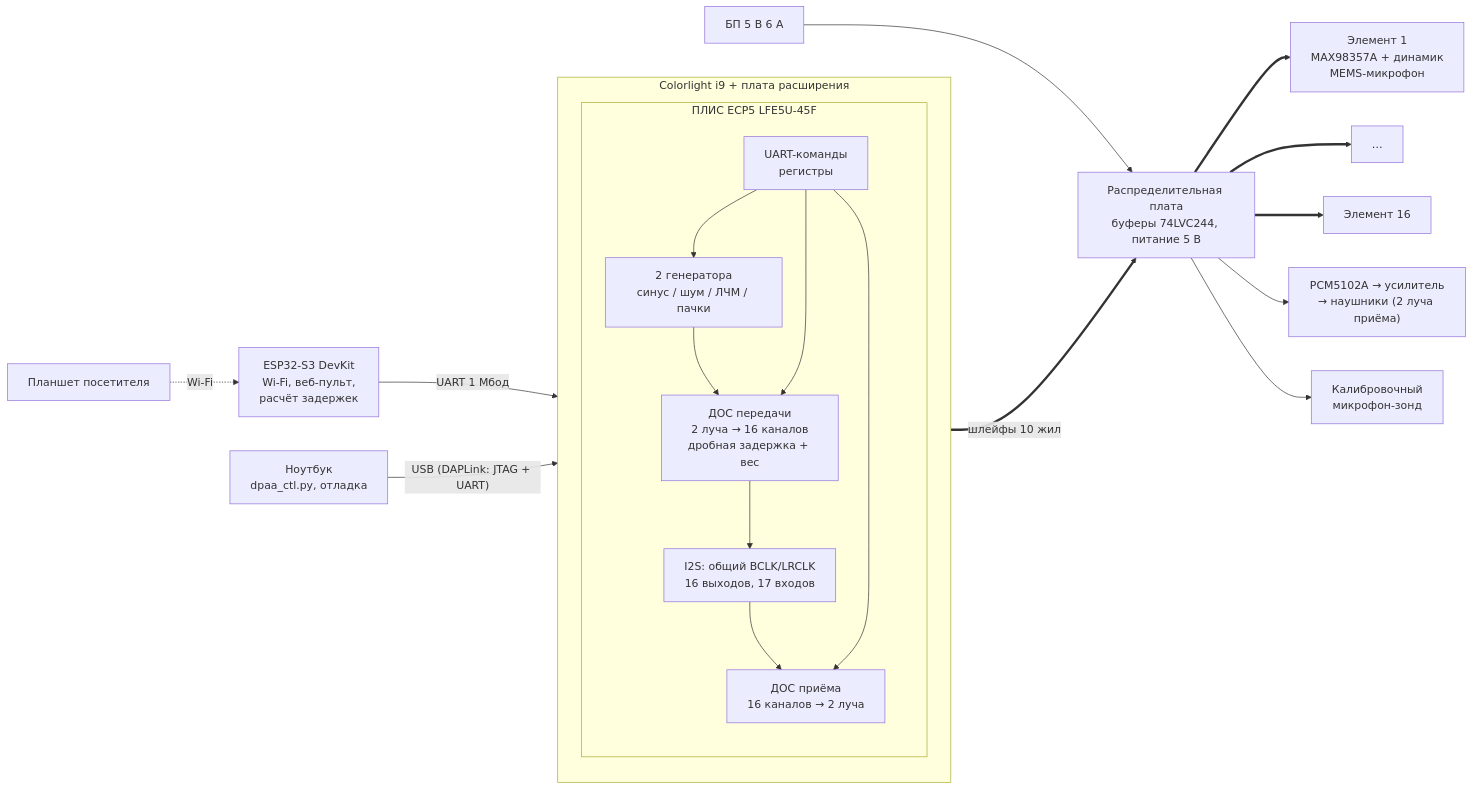
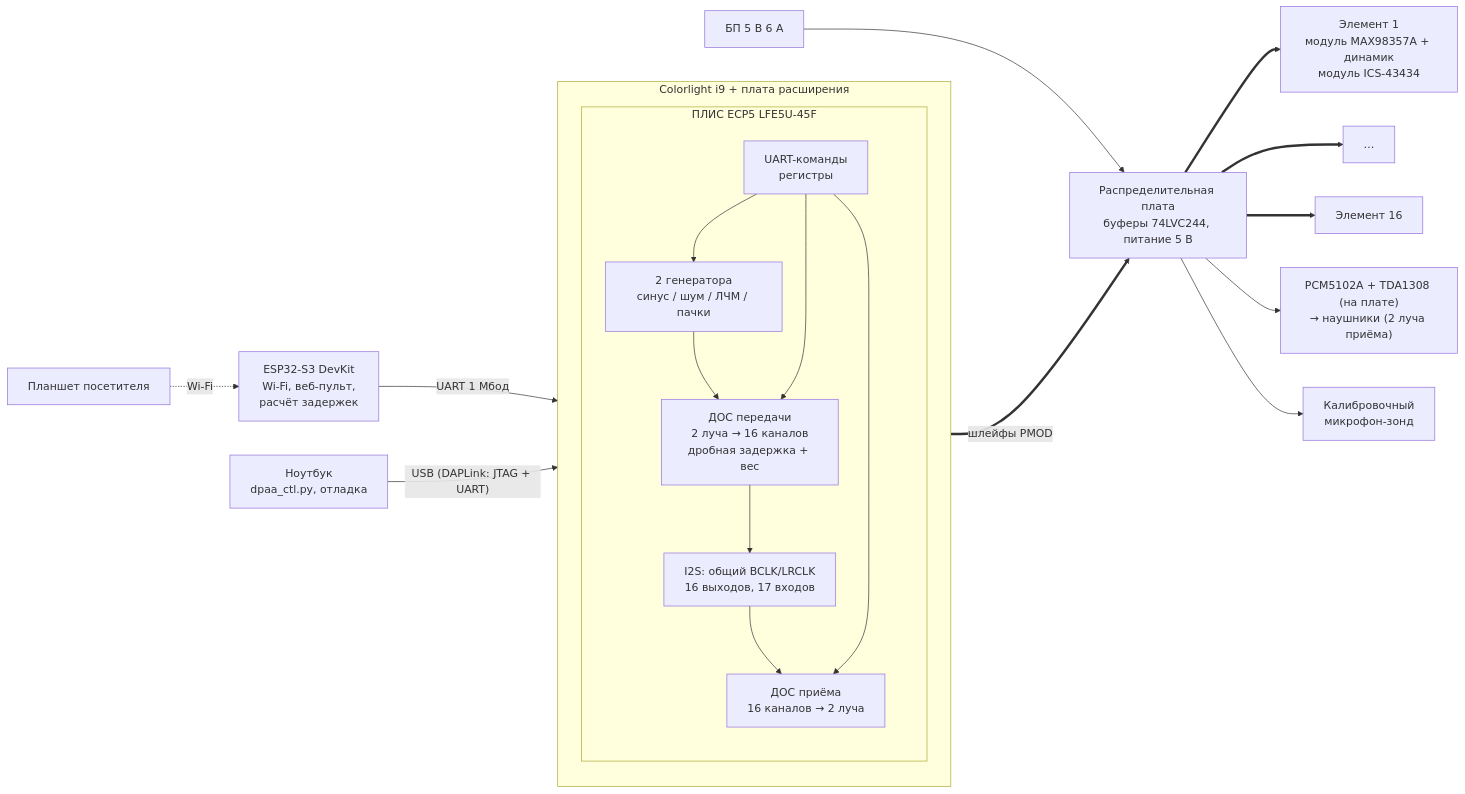
Before and after one commit to BaykaI/DPAA: the diagram in docs/hardware/architecture.md, drawn with Mermaid. The commit also changed other lines of this file and 32 other files, not shown here.

````diff
--- a/docs/hardware/architecture.md
+++ b/docs/hardware/architecture.md
@@ -43,28 +45,28 @@
 ```mermaid
 flowchart LR
     ESP["ESP32-S3 DevKit<br/>Wi‑Fi, веб-пульт,<br/>расчёт задержек"]
     subgraph I9["Colorlight i9 + плата расширения"]
         direction TB
         subgraph FPGA["ПЛИС ECP5 LFE5U-45F"]
             direction TB
             UART["UART-команды<br/>регистры"]
             GEN["2 генератора<br/>синус / шум / ЛЧМ / пачки"]
             DOSTX["ДОС передачи<br/>2 луча → 16 каналов<br/>дробная задержка + вес"]
             DOSRX["ДОС приёма<br/>16 каналов → 2 луча"]
             I2S["I2S: общий BCLK/LRCLK<br/>16 выходов, 17 входов"]
             GEN --> DOSTX --> I2S
             I2S --> DOSRX
             UART --> GEN & DOSTX & DOSRX
         end
     end
     ESP -- "UART 1 Мбод" --> UART
     NB["Ноутбук<br/>dpaa_ctl.py, отладка"] -- "USB (DAPLink: JTAG + UART)" --> UART
     TAB["Планшет посетителя"] -. Wi‑Fi .-> ESP
-    I2S == "шлейфы 10 жил" ==> HUB["Распределительная плата<br/>буферы 74LVC244, питание 5 В"]
-    HUB ==> E1["Элемент 1<br/>MAX98357A + динамик<br/>MEMS-микрофон"]
+    I2S == "шлейфы PMOD" ==> HUB["Распределительная плата<br/>буферы 74LVC244, питание 5 В"]
+    HUB ==> E1["Элемент 1<br/>модуль MAX98357A + динамик<br/>модуль ICS-43434"]
     HUB ==> E2["…"]
     HUB ==> E16["Элемент 16"]
-    HUB --> DAC["PCM5102A → усилитель<br/>→ наушники (2 луча приёма)"]
+    HUB --> DAC["PCM5102A + TDA1308 (на плате)<br/>→ наушники (2 луча приёма)"]
     HUB --> CAL["Калибровочный<br/>микрофон-зонд"]
     PSU["БП 5 В 6 А"] --> HUB
 ```
````
